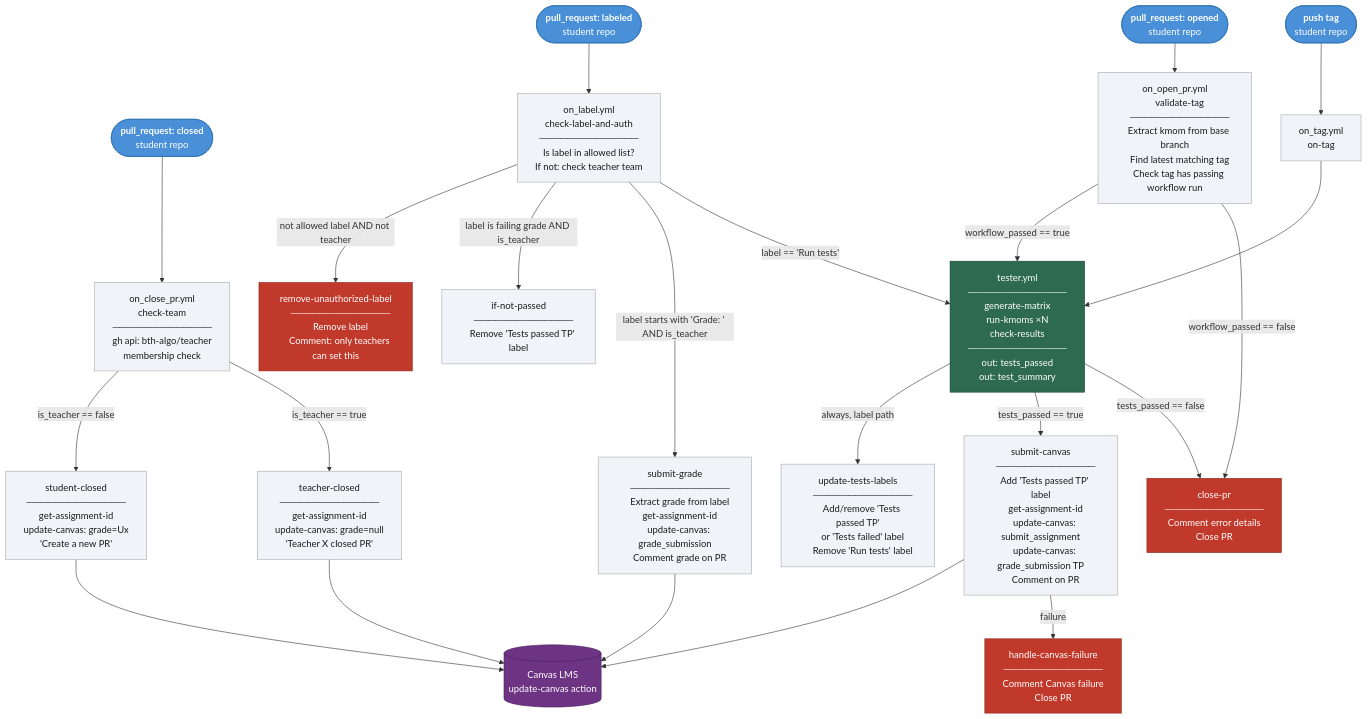
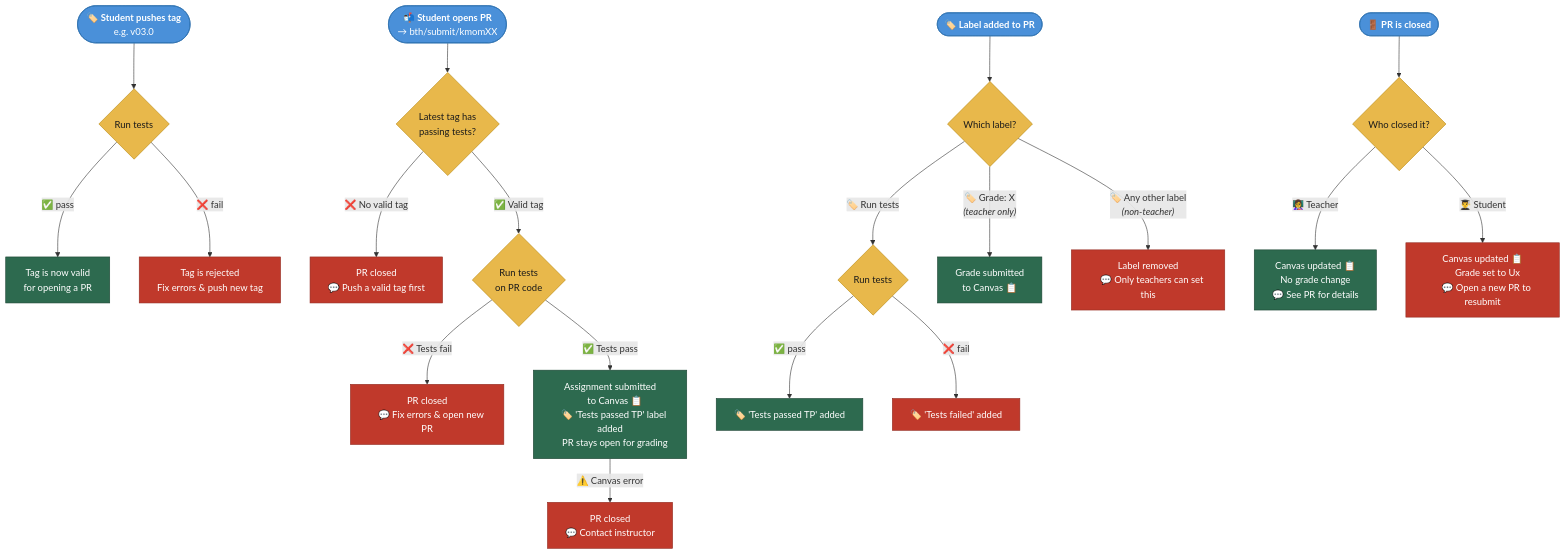
One commit to bth-algo/utils changed the diagram in highlevel.mmd. Above: the diagram before and after it, drawn with Mermaid. The commit also changed 1 other file, not shown here.

Commit message:
highlevel is now correct and not copy of lowlevel

```diff
--- a/highlevel.mmd
+++ b/highlevel.mmd
@@ -1,117 +1,69 @@
 flowchart TD
-    %% ── Entry points (student repo triggers) ──────────────────────
-    EVT_TAG(["`**push tag**
-    student repo`"])
-    EVT_PR_OPEN(["`**pull_request: opened**
-    student repo`"])
-    EVT_PR_CLOSE(["`**pull_request: closed**
-    student repo`"])
-    EVT_LABEL(["`**pull_request: labeled**
-    student repo`"])
+    %% ── Triggers ──────────────────────────────────────────────────
+    EVT_TAG(["`🏷️ **Student pushes tag**
+    e.g. v03.0`"])
+    EVT_PR_OPEN(["`📬 **Student opens PR**
+    → bth/submit/kmomXX`"])
+    EVT_PR_CLOSE(["`🚪 **PR is closed**`"])
+    EVT_LABEL(["`🏷️ **Label added to PR**`"])
 
-    %% ── on_tag.yml ────────────────────────────────────────────────
-    EVT_TAG --> ON_TAG["on_tag.yml
-    on-tag"]
-    ON_TAG --> TESTER
+    %% ── on_tag ────────────────────────────────────────────────────
+    EVT_TAG --> ON_TAG{"Run tests"}
+    ON_TAG -->|✅ pass| TAG_PASS["Tag is now valid
+    for opening a PR"]
+    ON_TAG -->|❌ fail| TAG_FAIL["Tag is rejected
+    Fix errors & push new tag"]
 
-    %% ── on_open_pr.yml ────────────────────────────────────────────
-    EVT_PR_OPEN --> VALIDATE["on_open_pr.yml
-    validate-tag
-    ──────────────
-    Extract kmom from base branch
-    Find latest matching tag
-    Check tag has passing workflow run"]
+    %% ── on_open_pr ────────────────────────────────────────────────
+    EVT_PR_OPEN --> OPEN_CHECK{"Latest tag has
+    passing tests?"}
+    OPEN_CHECK -->|❌ No valid tag| PR_CLOSED_TAG["PR closed
+    💬 Push a valid tag first"]
 
-    VALIDATE -->|workflow_passed == false| CLOSE_PR["close-pr
-    ──────────────
-    Comment error details
-    Close PR"]
+    OPEN_CHECK -->|✅ Valid tag| RUN_TESTS{"Run tests
+    on PR code"}
+    RUN_TESTS -->|❌ Tests fail| PR_CLOSED_TESTS["PR closed
+    💬 Fix errors & open new PR"]
+    RUN_TESTS -->|✅ Tests pass| SUBMITTED["Assignment submitted
+    to Canvas 📋
+    🏷️ 'Tests passed TP' label added
+    PR stays open for grading"]
 
-    VALIDATE -->|workflow_passed == true| TESTER["tester.yml
-    ──────────────
-    generate-matrix
-    run-kmoms ×N
-    check-results
-    ──────────────
-    out: tests_passed
-    out: test_summary"]
+    SUBMITTED -->|⚠️ Canvas error| PR_CLOSED_CANVAS["PR closed
+    💬 Contact instructor"]
 
-    TESTER -->|tests_passed == false| CLOSE_PR
-    TESTER -->|tests_passed == true| SUBMIT_CANVAS["submit-canvas
-    ──────────────
-    Add 'Tests passed TP' label
-    get-assignment-id
-    update-canvas: submit_assignment
-    update-canvas: grade_submission TP
-    Comment on PR"]
+    %% ── on_label ──────────────────────────────────────────────────
+    EVT_LABEL --> LABEL_TYPE{"Which label?"}
 
-    SUBMIT_CANVAS -->|failure| HANDLE_CANVAS_FAIL["handle-canvas-failure
-    ──────────────
-    Comment Canvas failure
-    Close PR"]
+    LABEL_TYPE -->|🏷️ Run tests| LABEL_TESTS{"Run tests"}
+    LABEL_TESTS -->|✅ pass| LABEL_PASS["🏷️ 'Tests passed TP' added"]
+    LABEL_TESTS -->|❌ fail| LABEL_FAIL["🏷️ 'Tests failed' added"]
 
-    %% ── on_close_pr.yml ───────────────────────────────────────────
-    EVT_PR_CLOSE --> CHECK_TEAM_CLOSE["on_close_pr.yml
-    check-team
-    ──────────────
-    gh api: bth-algo/teacher
-    membership check"]
+    LABEL_TYPE -->|"`🏷️ Grade: X
+    *(teacher only)*`"| GRADED["Grade submitted
+    to Canvas 📋"]
 
-    CHECK_TEAM_CLOSE -->|is_teacher == true| TEACHER_CLOSED["teacher-closed
-    ──────────────
-    get-assignment-id
-    update-canvas: grade=null
-    'Teacher X closed PR'"]
+    LABEL_TYPE -->|"`🏷️ Any other label
+    *(non-teacher)*`"| UNAUTHORIZED["Label removed
+    💬 Only teachers can set this"]
 
-    CHECK_TEAM_CLOSE -->|is_teacher == false| STUDENT_CLOSED["student-closed
-    ──────────────
-    get-assignment-id
-    update-canvas: grade=Ux
-    'Create a new PR'"]
-
-    %% ── on_label.yml ──────────────────────────────────────────────
-    EVT_LABEL --> CHECK_LABEL["on_label.yml
-    check-label-and-auth
-    ──────────────
-    Is label in allowed list?
-    If not: check teacher team"]
-
-    CHECK_LABEL -->|label == 'Run tests'| TESTER
-    TESTER -->|always, label path| UPDATE_LABELS["update-tests-labels
-    ──────────────
-    Add/remove 'Tests passed TP'
-    or 'Tests failed' label
-    Remove 'Run tests' label"]
-
-    CHECK_LABEL -->|label starts with 'Grade: ' AND is_teacher| SUBMIT_GRADE["submit-grade
-    ──────────────
-    Extract grade from label
-    get-assignment-id
-    update-canvas: grade_submission
-    Comment grade on PR"]
-
-    CHECK_LABEL -->|label is failing grade AND is_teacher| IF_NOT_PASSED["if-not-passed
-    ──────────────
-    Remove 'Tests passed TP' label"]
-
-    CHECK_LABEL -->|not allowed label AND not teacher| REMOVE_LABEL["remove-unauthorized-label
-    ──────────────
-    Remove label
-    Comment: only teachers can set this"]
-
-    %% ── Shared external actions ───────────────────────────────────
-    TEACHER_CLOSED & STUDENT_CLOSED & SUBMIT_CANVAS & SUBMIT_GRADE --> CANVAS[("Canvas LMS
-    update-canvas action")]
+    %% ── on_close_pr ───────────────────────────────────────────────
+    EVT_PR_CLOSE --> WHO{"Who closed it?"}
+    WHO -->|👩‍🏫 Teacher| TEACHER_CLOSE["Canvas updated 📋
+    No grade change
+    💬 See PR for details"]
+    WHO -->|👨‍🎓 Student| STUDENT_CLOSE["Canvas updated 📋
+    Grade set to Ux
+    💬 Open a new PR to resubmit"]
 
     %% ── Styling ───────────────────────────────────────────────────
     classDef trigger fill:#4a90d9,color:#fff,stroke:#2c6fad
-    classDef workflow fill:#2d6a4f,color:#fff,stroke:#1b4332
-    classDef job fill:#f0f4f8,color:#1a1a1a,stroke:#aaa
-    classDef external fill:#6c3483,color:#fff,stroke:#4a235a
+    classDef decision fill:#e8b84b,color:#1a1a1a,stroke:#b8860b
+    classDef success fill:#2d6a4f,color:#fff,stroke:#1b4332
     classDef danger fill:#c0392b,color:#fff,stroke:#922b21
+    classDef neutral fill:#5d6d7e,color:#fff,stroke:#2c3e50
 
     class EVT_TAG,EVT_PR_OPEN,EVT_PR_CLOSE,EVT_LABEL trigger
-    class TESTER workflow
-    class VALIDATE,CHECK_TEAM_CLOSE,CHECK_LABEL,SUBMIT_CANVAS,SUBMIT_GRADE,TEACHER_CLOSED,STUDENT_CLOSED,UPDATE_LABELS,IF_NOT_PASSED,ON_TAG job
-    class CANVAS external
-    class CLOSE_PR,HANDLE_CANVAS_FAIL,REMOVE_LABEL danger
+    class ON_TAG,OPEN_CHECK,RUN_TESTS,LABEL_TYPE,LABEL_TESTS,WHO decision
+    class TAG_PASS,SUBMITTED,LABEL_PASS,GRADED,TEACHER_CLOSE success
+    class TAG_FAIL,PR_CLOSED_TAG,PR_CLOSED_TESTS,PR_CLOSED_CANVAS,LABEL_FAIL,UNAUTHORIZED,STUDENT_CLOSE danger
```
